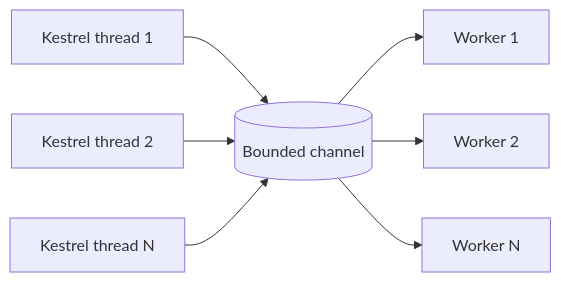
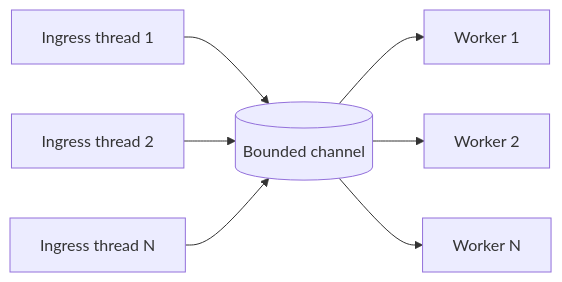
The second of 2 diagrams in docs/architecture.md (JohnVers/infrastream), drawn with Mermaid before and after one commit. The commit also changed other lines of this file, not shown here.

First line of the commit message:
docs(architecture): sync with H1/H2/gRPC and current pipeline

````diff
--- a/docs/architecture.md
+++ b/docs/architecture.md
@@ -226,9 +286,9 @@
 ```mermaid
 flowchart LR
-    K1[Kestrel thread 1] --> Q[(Bounded channel)]
-    K2[Kestrel thread 2] --> Q
-    KN[Kestrel thread N] --> Q
+    K1[Ingress thread 1] --> Q[(Bounded channel)]
+    K2[Ingress thread 2] --> Q
+    KN[Ingress thread N] --> Q
     Q --> W1[Worker 1]
     Q --> W2[Worker 2]
     Q --> WN[Worker N]
 ```
````
